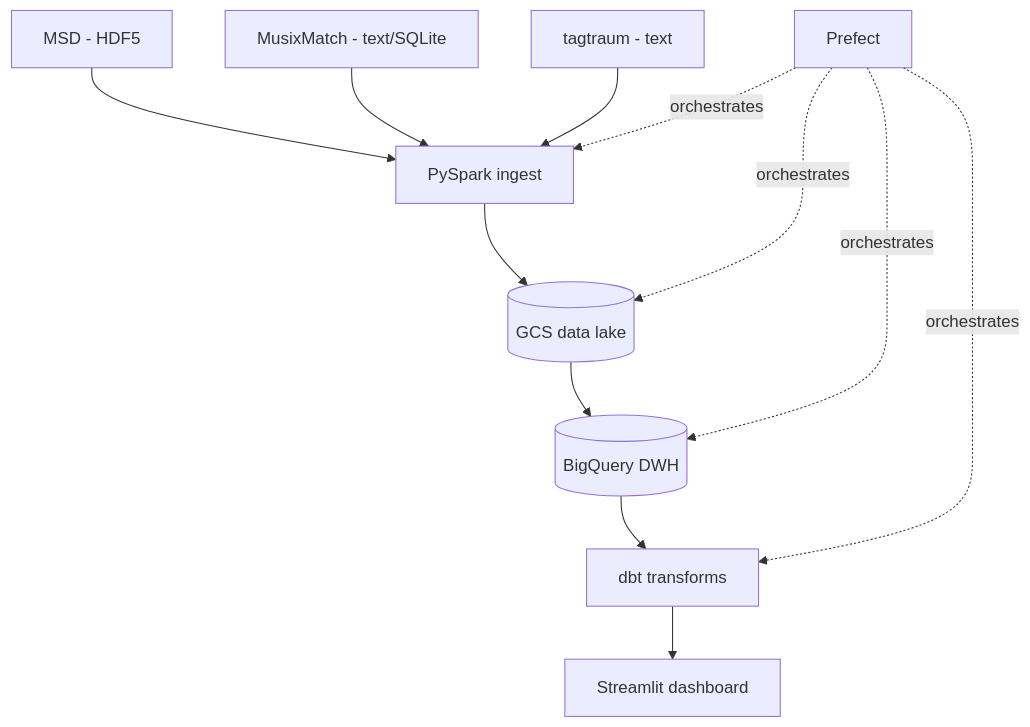
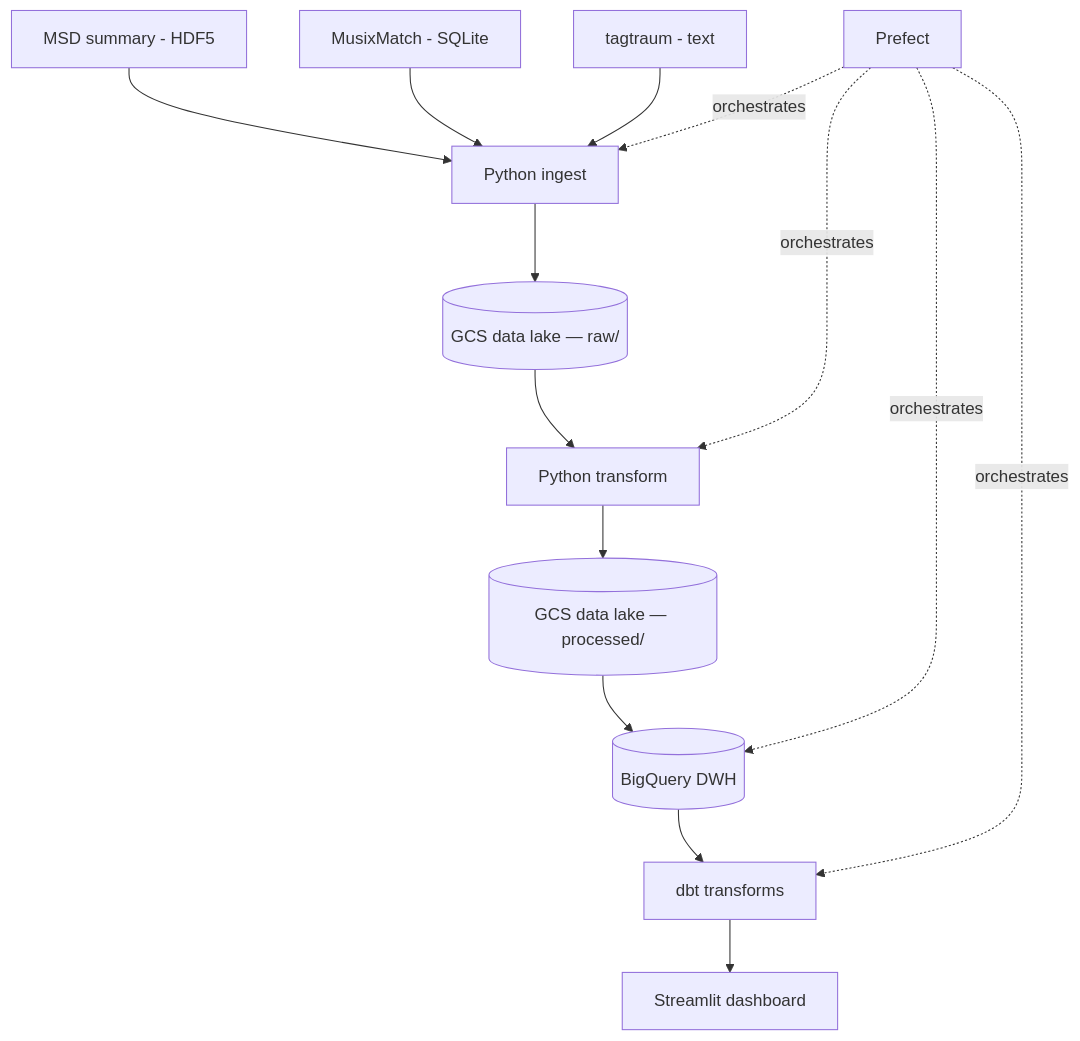
The diagram in README.md (malbiruk/million-songs-pipeline), drawn with Mermaid before and after one commit. The commit also changed other lines of this file and 5 other files, not shown here.

Commit message:
switch msd subset to msd summary file

````diff
--- a/README.md
+++ b/README.md
@@ -24,15 +24,17 @@
 ```mermaid
 graph TD
-    MSD[MSD - HDF5] --> ingest[PySpark ingest]
-    MXM[MusixMatch - text/SQLite] --> ingest
+    MSD[MSD summary - HDF5] --> ingest[Python ingest]
+    MXM[MusixMatch - SQLite] --> ingest
     TAG[tagtraum - text] --> ingest
-    ingest --> GCS[(GCS data lake)]
-    GCS --> BQ[(BigQuery DWH)]
+    ingest --> GCS[(GCS data lake — raw/)]
+    GCS --> transform[Python transform]
+    transform --> GCS2[(GCS data lake — processed/)]
+    GCS2 --> BQ[(BigQuery DWH)]
     BQ --> dbt[dbt transforms]
     dbt --> ST[Streamlit dashboard]
 
     Prefect -.orchestrates.-> ingest
-    Prefect -.orchestrates.-> GCS
+    Prefect -.orchestrates.-> transform
     Prefect -.orchestrates.-> BQ
     Prefect -.orchestrates.-> dbt
 ```
````
